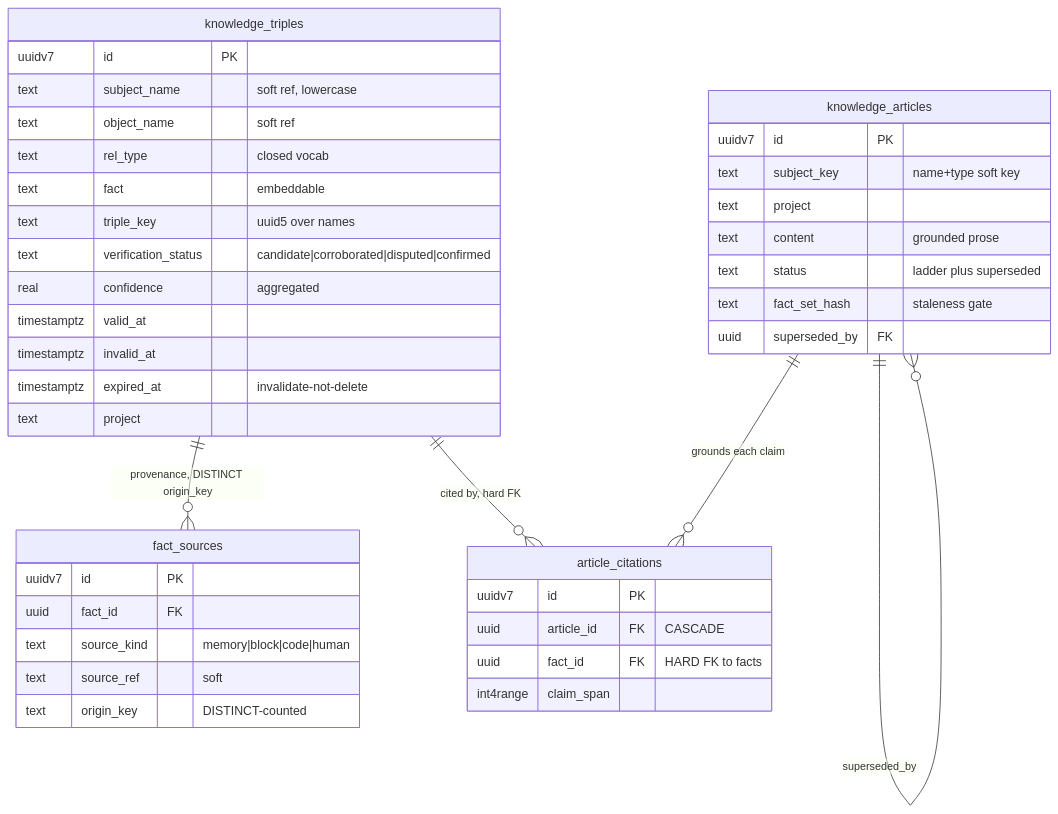
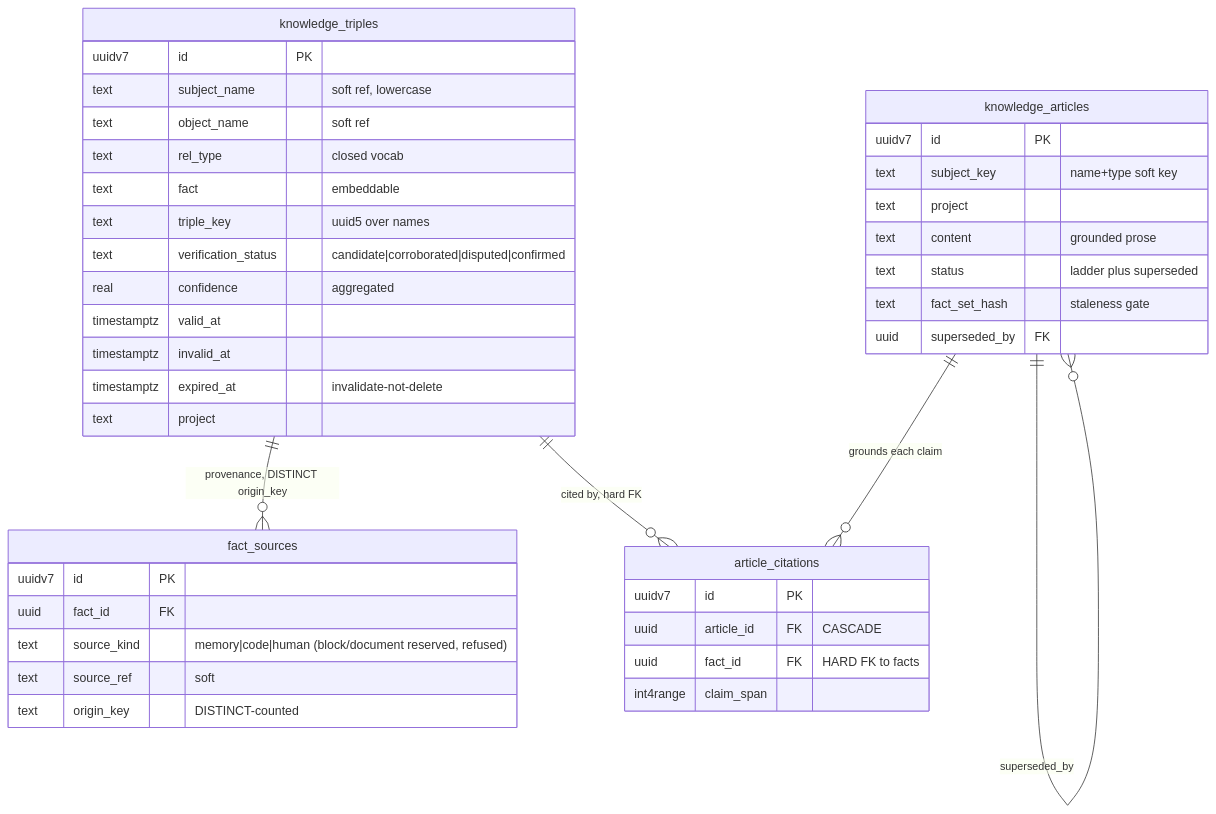
Before and after one commit to darkraise/darkmem: the seventh of 7 diagrams in docs/design/04-data-model-and-schema.md, drawn with Mermaid. The commit also changed other lines of this file and 4 other files, not shown here.

````diff
--- a/docs/design/04-data-model-and-schema.md
+++ b/docs/design/04-data-model-and-schema.md
@@ -583,43 +583,43 @@
 ```mermaid
 erDiagram
     knowledge_triples {
         uuidv7 id PK
         text subject_name "soft ref, lowercase"
         text object_name "soft ref"
         text rel_type "closed vocab"
         text fact "embeddable"
         text triple_key "uuid5 over names"
         text verification_status "candidate|corroborated|disputed|confirmed"
         real confidence "aggregated"
         timestamptz valid_at
         timestamptz invalid_at
         timestamptz expired_at "invalidate-not-delete"
         text project
     }
     fact_sources {
         uuidv7 id PK
         uuid fact_id FK
-        text source_kind "memory|block|code|human"
+        text source_kind "memory|code|human (block/document reserved, refused)"
         text source_ref "soft"
         text origin_key "DISTINCT-counted"
     }
     knowledge_articles {
         uuidv7 id PK
         text subject_key "name+type soft key"
         text project
         text content "grounded prose"
         text status "ladder plus superseded"
         text fact_set_hash "staleness gate"
         uuid superseded_by FK
     }
     article_citations {
         uuidv7 id PK
         uuid article_id FK "CASCADE"
         uuid fact_id FK "HARD FK to facts"
         int4range claim_span
     }
     knowledge_triples ||--o{ fact_sources : "provenance, DISTINCT origin_key"
     knowledge_articles ||--o{ article_citations : "grounds each claim"
     knowledge_triples ||--o{ article_citations : "cited by, hard FK"
     knowledge_articles ||--o{ knowledge_articles : "superseded_by"
 ```
````
